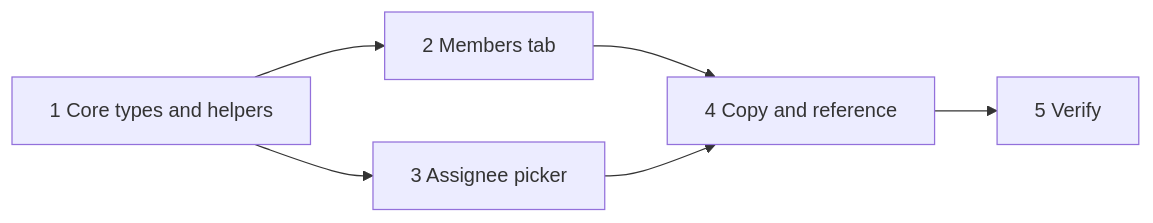
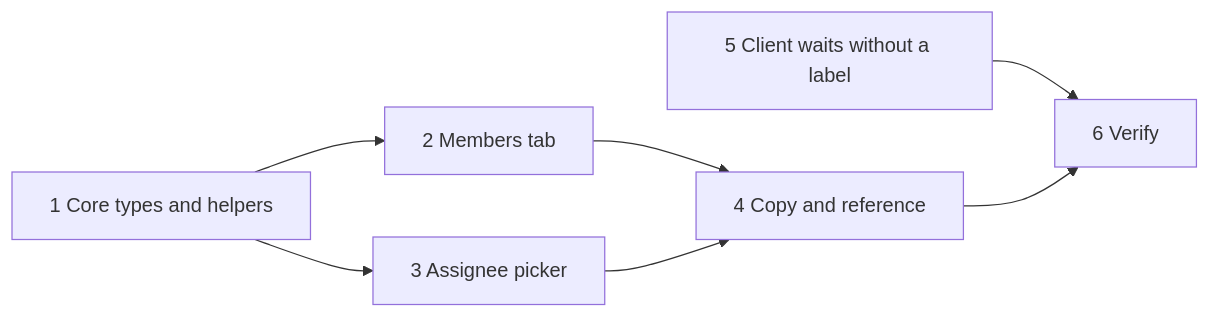
Before and after one commit to appboypov/multica: the diagram in specs/openspec/changes/staff-client-controls/tasks.md, drawn with Mermaid. The commit also changed other lines of this file and 3 other files, not shown here.

Commit message:
docs: plan client waits without a label (WORK-1072)

````diff
--- a/specs/openspec/changes/staff-client-controls/tasks.md
+++ b/specs/openspec/changes/staff-client-controls/tasks.md
@@ -3,8 +3,9 @@
 ```mermaid
 flowchart LR
   Core[1 Core types and helpers] --> Members[2 Members tab]
   Core --> Picker[3 Assignee picker]
   Members --> Copy[4 Copy and reference]
   Picker --> Copy
-  Copy --> Verify[5 Verify]
+  Waits[5 Client waits without a label] --> Verify[6 Verify]
+  Copy --> Verify
 ```
````
